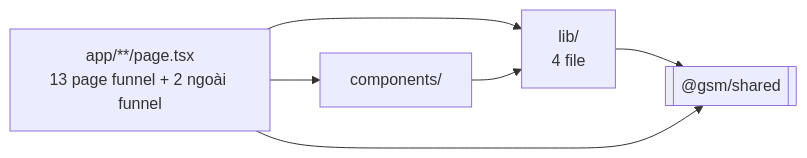
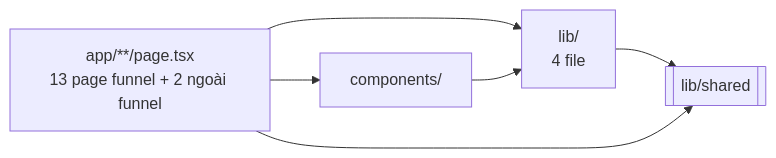
Before and after one commit to trankieuoanh/Mo-phong-web-dat-xe: the diagram in fe-structure.md, drawn with Mermaid. The commit also changed other lines of this file and 62 other files, not shown here.

````diff
--- a/fe-structure.md
+++ b/fe-structure.md
@@ -99,8 +101,8 @@
 ```mermaid
 flowchart LR
   P[app/**/page.tsx<br/>13 page funnel + 2 ngoài funnel] --> C[components/]
   P --> L[lib/<br/>4 file]
   C --> L
-  L --> S[["@gsm/shared"]]
+  L --> S[["lib/shared"]]
   P --> S
 ```
````
